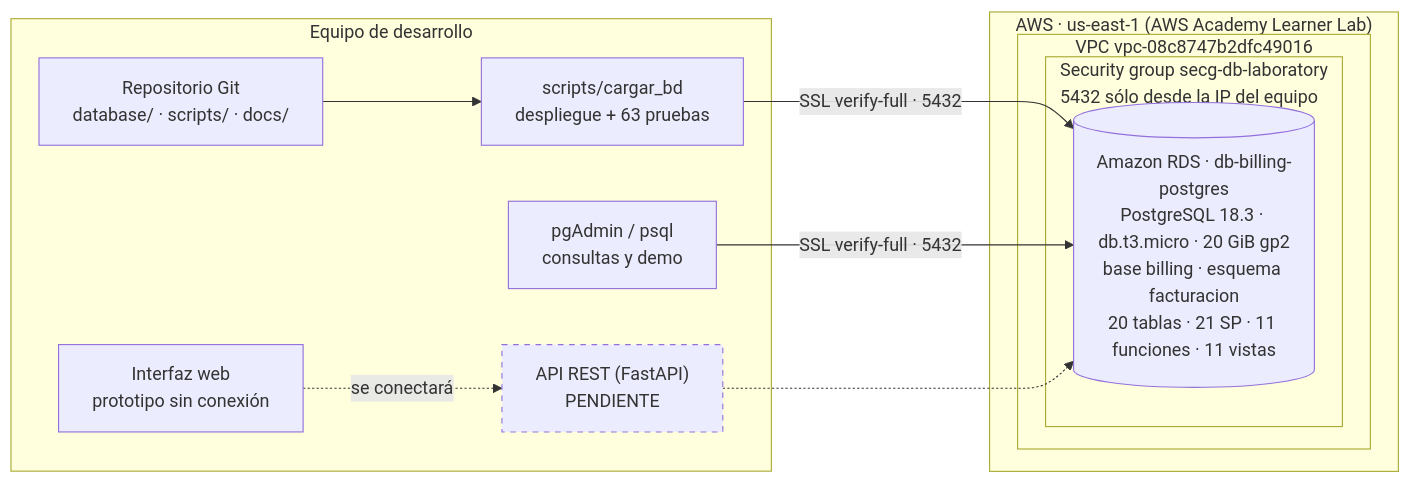
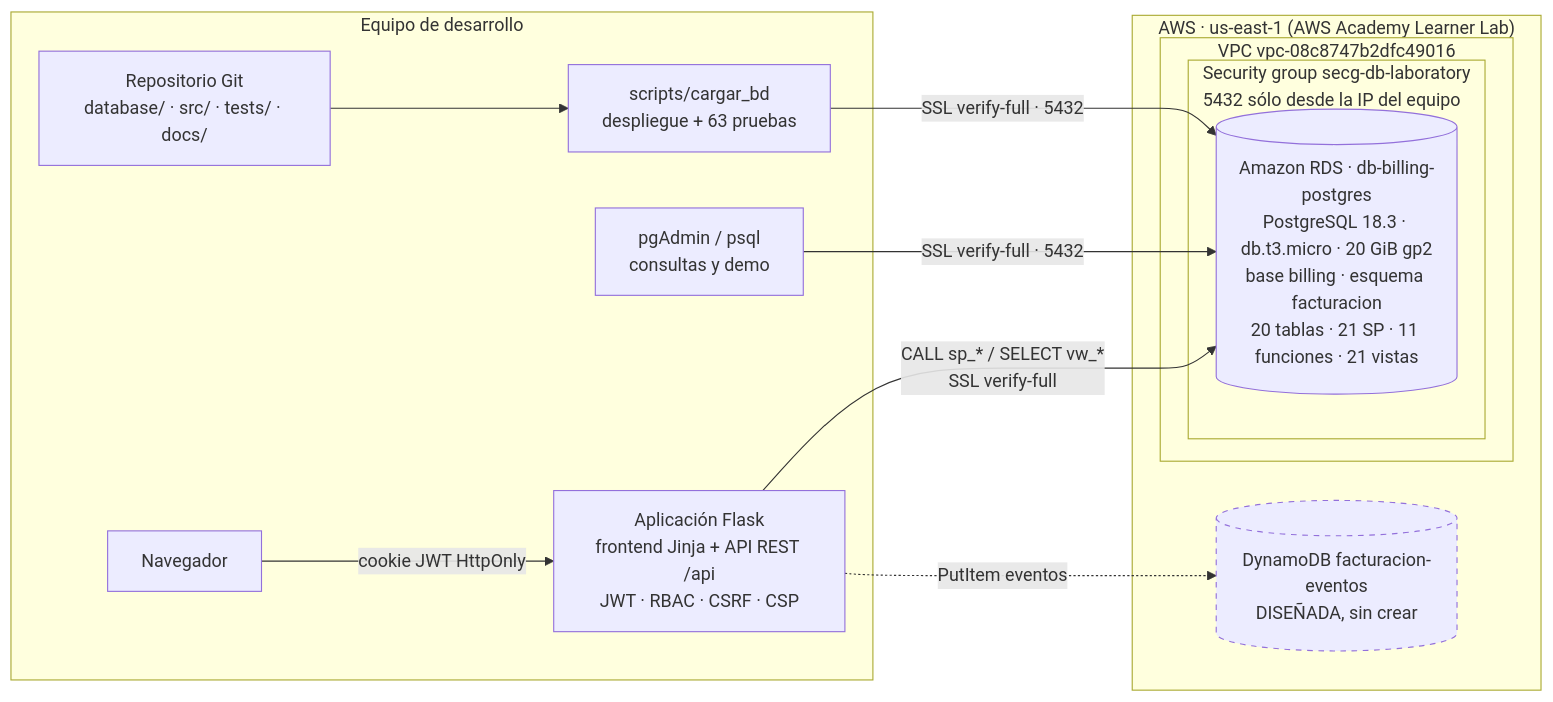
The first of 7 diagrams in docs/REPORTE_AVANCE.md (DanielRosalesAlanis/SistemaDeFacturacion), drawn with Mermaid before and after one commit. The commit also changed other lines of this file and 39 other files, not shown here.

````diff
--- a/docs/REPORTE_AVANCE.md
+++ b/docs/REPORTE_AVANCE.md
@@ -108,23 +117,25 @@
 ```mermaid
 flowchart LR
     subgraph Local["Equipo de desarrollo"]
-        GIT["Repositorio Git<br/>database/ · scripts/ · docs/"]
+        GIT["Repositorio Git<br/>database/ · src/ · tests/ · docs/"]
         DEP["scripts/cargar_bd<br/>despliegue + 63 pruebas"]
         CLI["pgAdmin / psql<br/>consultas y demo"]
-        API["API REST (FastAPI)<br/>PENDIENTE"]:::pend
-        UI["Interfaz web<br/>prototipo sin conexión"]
+        NAV["Navegador"]
+        APP["Aplicación Flask<br/>frontend Jinja + API REST /api<br/>JWT · RBAC · CSRF · CSP"]
     end
     subgraph AWS["AWS · us-east-1 (AWS Academy Learner Lab)"]
         subgraph VPC["VPC vpc-08c8747b2dfc49016"]
             subgraph SG["Security group secg-db-laboratory<br/>5432 sólo desde la IP del equipo"]
-                RDS[("Amazon RDS · db-billing-postgres<br/>PostgreSQL 18.3 · db.t3.micro · 20 GiB gp2<br/>base billing · esquema facturacion<br/>20 tablas · 21 SP · 11 funciones · 11 vistas")]
+                RDS[("Amazon RDS · db-billing-postgres<br/>PostgreSQL 18.3 · db.t3.micro · 20 GiB gp2<br/>base billing · esquema facturacion<br/>20 tablas · 21 SP · 11 funciones · 21 vistas")]
             end
         end
+        DDB[("DynamoDB facturacion-eventos<br/>DISEÑADA, sin crear")]:::pend
     end
     GIT --> DEP
     DEP -->|SSL verify-full · 5432| RDS
     CLI -->|SSL verify-full · 5432| RDS
-    UI -.->|se conectará| API
-    API -.-> RDS
+    NAV -->|cookie JWT HttpOnly| APP
+    APP -->|CALL sp_* / SELECT vw_*<br/>SSL verify-full| RDS
+    APP -.->|PutItem eventos| DDB
     classDef pend stroke-dasharray: 5 5
 ```
````
